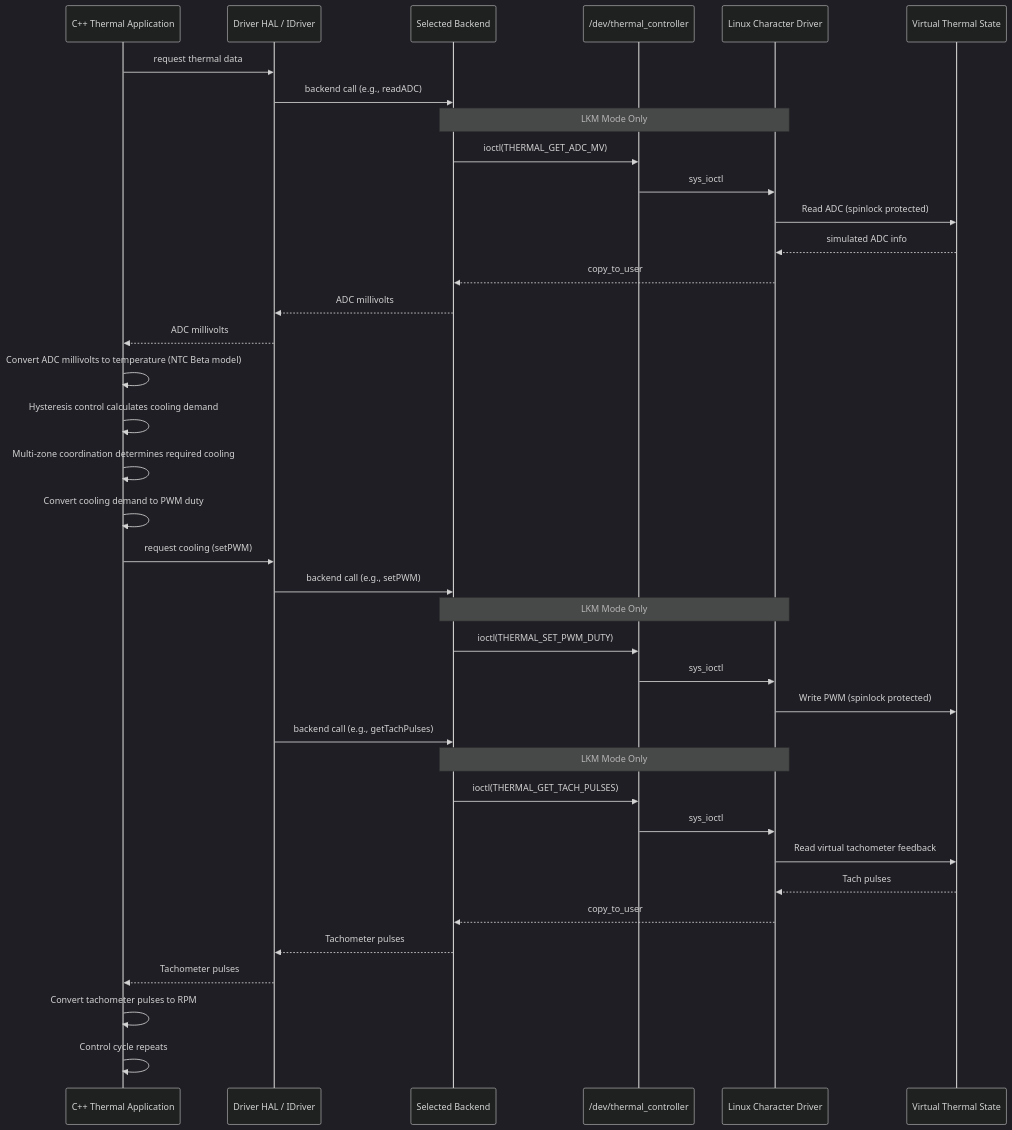
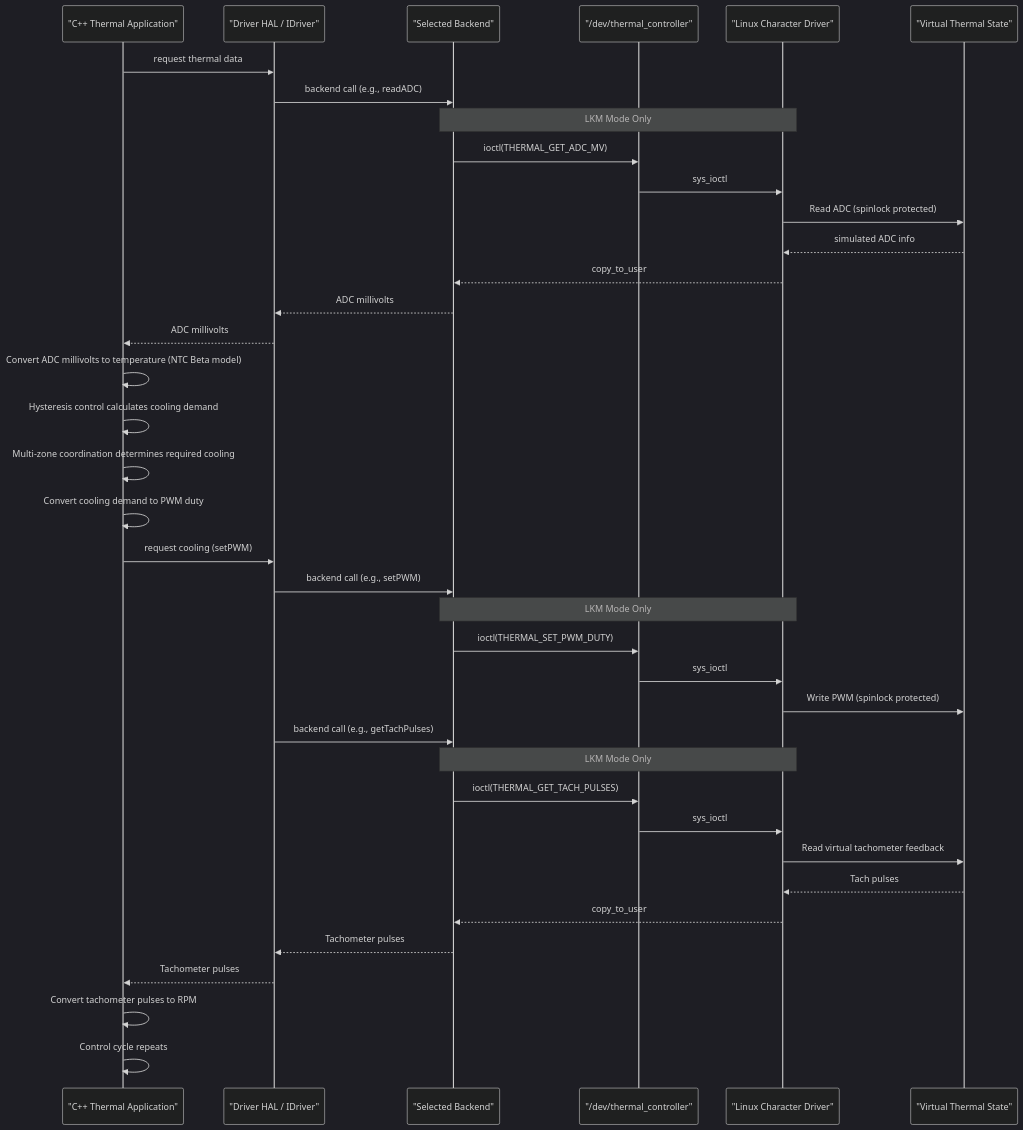
Before and after one commit to AlokRaj0220/industrial-thermal-controller: the fifth of 7 diagrams in docs/stage3.md, drawn with Mermaid (dark theme). The commit also changed other lines of this file, not shown here.

Commit message:
Fix Mermaid diagrams in stage 3

````diff
--- a/docs/stage3.md
+++ b/docs/stage3.md
@@ -125,50 +125,50 @@
 ```mermaid
 sequenceDiagram
-    participant App as C++ Thermal Application
-    participant HAL as Driver HAL / IDriver
-    participant Backend as Selected Backend
-    participant VFS as /dev/thermal_controller
-    participant LKM as Linux Character Driver
-    participant State as Virtual Thermal State
+    participant App as "C++ Thermal Application"
+    participant HAL as "Driver HAL / IDriver"
+    participant Backend as "Selected Backend"
+    participant VFS as "/dev/thermal_controller"
+    participant LKM as "Linux Character Driver"
+    participant State as "Virtual Thermal State"
 
     App->>HAL: request thermal data
     HAL->>Backend: backend call (e.g., readADC)
     
-    note over Backend, LKM: LKM Mode Only
+    Note over Backend, LKM: LKM Mode Only
     Backend->>VFS: ioctl(THERMAL_GET_ADC_MV)
     VFS->>LKM: sys_ioctl
     LKM->>State: Read ADC (spinlock protected)
     State-->>LKM: simulated ADC info
     LKM-->>Backend: copy_to_user
     
     Backend-->>HAL: ADC millivolts
     HAL-->>App: ADC millivolts
 
     App->>App: Convert ADC millivolts to temperature (NTC Beta model)
     App->>App: Hysteresis control calculates cooling demand
     App->>App: Multi-zone coordination determines required cooling
     App->>App: Convert cooling demand to PWM duty
 
     App->>HAL: request cooling (setPWM)
     HAL->>Backend: backend call (e.g., setPWM)
     
-    note over Backend, LKM: LKM Mode Only
+    Note over Backend, LKM: LKM Mode Only
     Backend->>VFS: ioctl(THERMAL_SET_PWM_DUTY)
     VFS->>LKM: sys_ioctl
     LKM->>State: Write PWM (spinlock protected)
     
     HAL->>Backend: backend call (e.g., getTachPulses)
     
-    note over Backend, LKM: LKM Mode Only
+    Note over Backend, LKM: LKM Mode Only
     Backend->>VFS: ioctl(THERMAL_GET_TACH_PULSES)
     VFS->>LKM: sys_ioctl
     LKM->>State: Read virtual tachometer feedback
     State-->>LKM: Tach pulses
     LKM-->>Backend: copy_to_user
     
     Backend-->>HAL: Tachometer pulses
     HAL-->>App: Tachometer pulses
 
     App->>App: Convert tachometer pulses to RPM
     App->>App: Control cycle repeats
 ```
````
